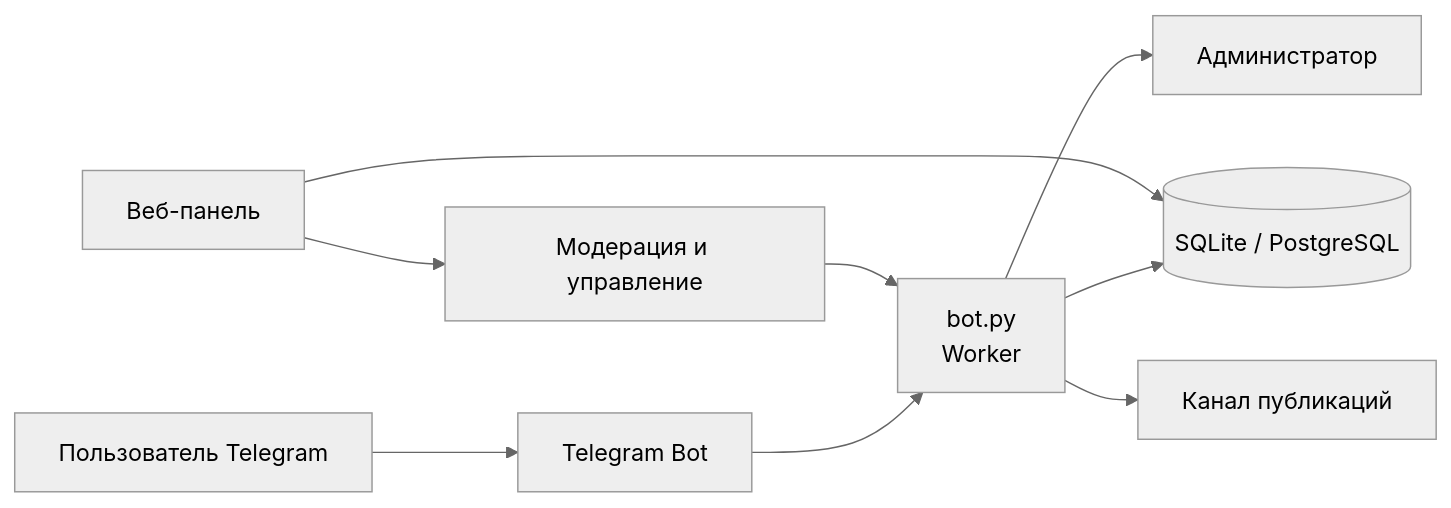
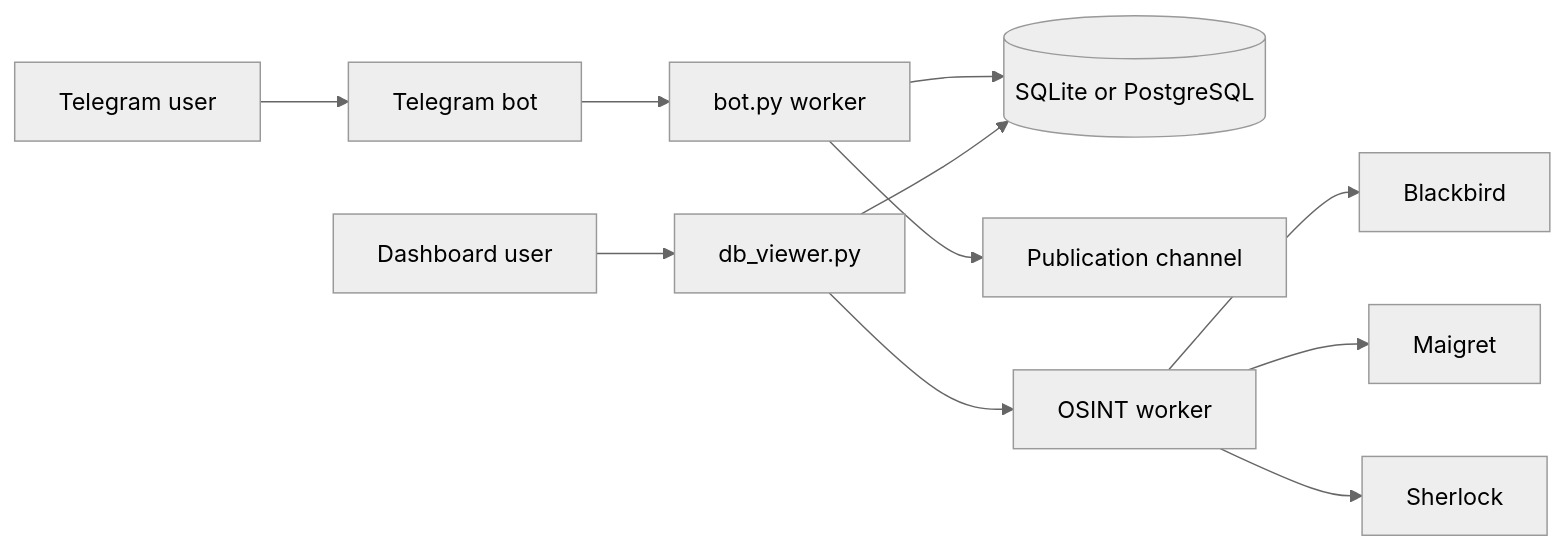
Before and after one commit to makeiew-osint/podslushka-dashboard: the diagram in README.md, drawn with Mermaid (neutral theme). The commit also changed other lines of this file and 2 other files, not shown here.

Commit message:
Harden OSINT deployment and rewrite README

````diff
--- a/README.md
+++ b/README.md
@@ -55,11 +77,13 @@
 ```mermaid
 flowchart LR
-    U[Пользователь Telegram] --> B[Telegram Bot]
-    B --> W[bot.py<br/>Worker]
-    W --> D[(SQLite / PostgreSQL)]
-    W --> A[Администратор]
-    W --> C[Канал публикаций]
-    P[Веб-панель] --> D
-    P --> M[Модерация и управление]
-    M --> W
+    User[Telegram user] --> Bot[Telegram bot]
+    Bot --> Worker[bot.py worker]
+    Worker --> DB[(SQLite or PostgreSQL)]
+    Worker --> Channel[Publication channel]
+    Admin[Dashboard user] --> Web[db_viewer.py]
+    Web --> DB
+    Web --> OSINT[OSINT worker]
+    OSINT --> Blackbird
+    OSINT --> Maigret
+    OSINT --> Sherlock
 ```
````
